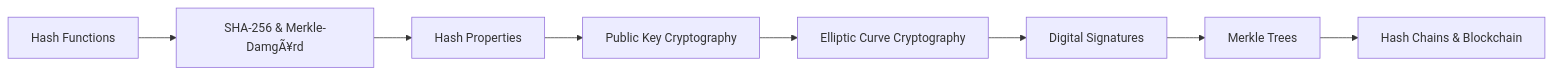
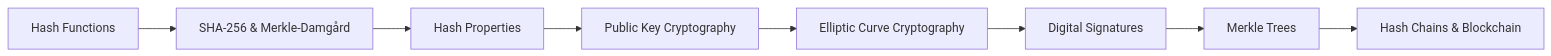
The first of 8 diagrams in docs/courses/blockchain/02-cryptography.md (Raushan666java/ai-engineering-journey), drawn with Mermaid before and after one commit. The commit also changed other lines of this file and 965 other files, not shown here.

````diff
--- a/docs/courses/blockchain/02-cryptography.md
+++ b/docs/courses/blockchain/02-cryptography.md
@@ -49,10 +49,10 @@
 ```mermaid
 flowchart LR
-    A[Hash Functions] --> B[SHA-256 & Merkle-DamgÃ¥rd]
+    A[Hash Functions] --> B[SHA-256 & Merkle-Damgård]
     B --> C[Hash Properties]
     C --> D[Public Key Cryptography]
     D --> E[Elliptic Curve Cryptography]
     E --> F[Digital Signatures]
     F --> G[Merkle Trees]
     G --> H[Hash Chains & Blockchain]
 ```
````
